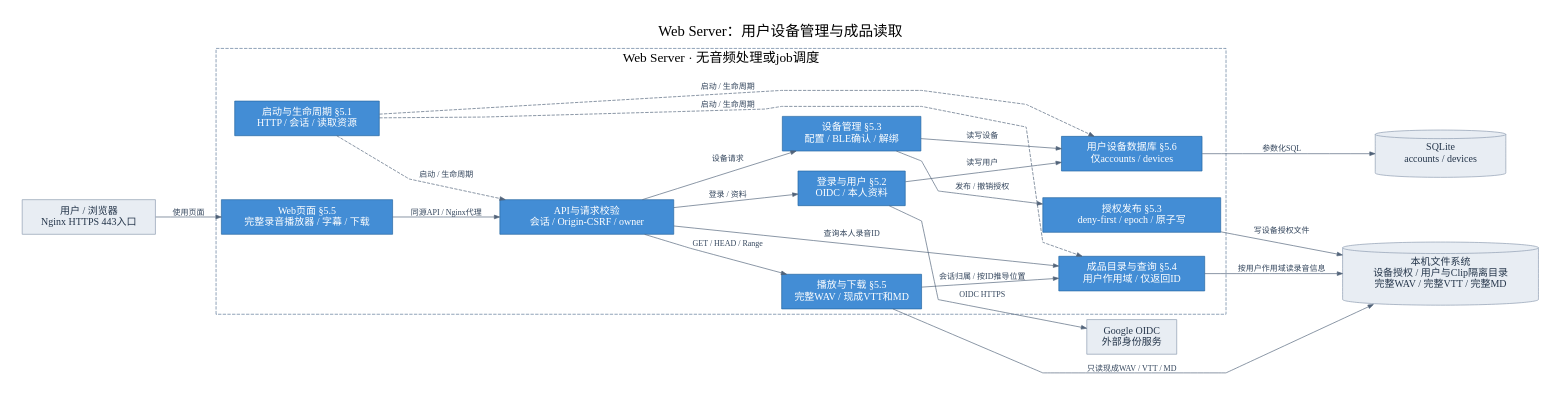
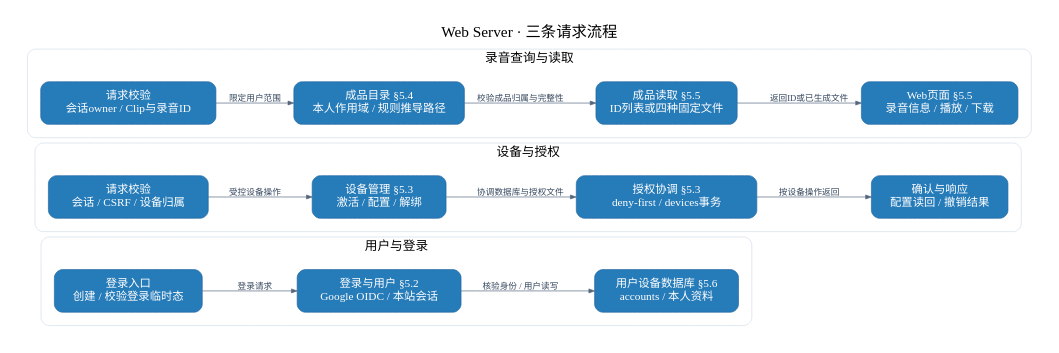
The diagram in docs/assets/diagrams/10-web-components.dot (boboliu-1010/speaker), drawn with Graphviz before and after one commit. The commit also changed 8 other files, not shown here.

Commit message:
docs: align configuration storage APIs and architecture diagrams

```diff
--- a/docs/assets/diagrams/10-web-components.dot
+++ b/docs/assets/diagrams/10-web-components.dot
@@ -1,38 +1,30 @@
 digraph G {
-graph [rankdir=LR, bgcolor="white", pad="0.35", nodesep="0.42", ranksep="0.7", splines=polyline, fontname="PingFang SC", fontsize=22, labelloc=t, label="Web Server：用户设备管理与成品读取"];
-node [shape=box, style=filled, fillcolor="#438dd5", color="#2366a0", fontcolor=white, fontname="PingFang SC", fontsize=15, margin="0.18,0.12"];
-edge [fontname="PingFang SC", fontsize=12, color="#516379", fontcolor="#34465d", arrowsize=0.8];
-subgraph cluster_service { label="Web Server · 无音频处理或job调度"; color="#5a7596"; style=dashed; fontsize=20;
-boot [width=3.01, label="启动与生命周期 §5.1\nHTTP / 会话 / 读取资源"];
-api [width=3.62, label="API与请求校验\n会话 / Origin-CSRF / owner"];
-users [width=2.23, label="登录与用户 §5.2\nOIDC / 本人资料"];
-devices [width=2.89, label="设备管理 §5.3\n配置 / BLE确认 / 解绑"];
-authpub [width=3.71, label="授权发布 §5.3\ndeny-first / epoch / 原子写"];
-query [width=3.04, label="成品目录与查询 §5.4\n用户作用域 / 仅返回ID"];
-media [width=2.92, label="播放与下载 §5.5\n完整WAV / 现成VTT和MD"];
-dbport [width=2.93, label="用户设备数据库 §5.6\n仅accounts / devices"];
-page [width=3.57, label="Web页面 §5.5\n完整录音播放器 / 字幕 / 下载"];
+graph [rankdir=LR, bgcolor="white", pad="0.35", nodesep="0.45", ranksep="0.55", splines=line, fontname="PingFang SC", fontsize=23, labelloc=t, label="Web Server · 三条请求流程"];
+node [shape=box, style="rounded,filled", fillcolor="#267bb9", color="#2366a0", fontcolor=white, fontname="PingFang SC", fontsize=17, margin="0.22,0.18"];
+edge [fontname="PingFang SC", fontsize=13, color="#53667c", fontcolor="#34465d", arrowsize=0.85];
+subgraph cluster_0 { label="用户与登录"; color="#d1dce8"; style=rounded; fontsize=19; margin=20;
+auth_api [width=3.09, label="登录入口\n创建 / 校验登录临时态"];
+user [width=3.41, label="登录与用户 §5.2\nGoogle OIDC / 本站会话"];
+account [width=3.00, label="用户设备数据库 §5.6\naccounts / 本人资料"];
+auth_api -> user [label="登录请求"];
+user -> account [label="核验身份 / 用户读写"];
 }
-browser [shape=box, width=2.78, fillcolor="#e8edf3", color="#8b9bb0", fontcolor="#24354a", label="用户 / 浏览器\nNginx HTTPS 443入口"];
-google [shape=box, width=1.88, fillcolor="#e8edf3", color="#8b9bb0", fontcolor="#24354a", label="Google OIDC\n外部身份服务"];
-database [shape=cylinder, width=2.72, fillcolor="#e8edf3", color="#8b9bb0", fontcolor="#24354a", label="SQLite\naccounts / devices"];
-fs [shape=cylinder, width=4.08, fillcolor="#e8edf3", color="#8b9bb0", fontcolor="#24354a", label="本机文件系统\n设备授权 / 用户与Clip隔离目录\n完整WAV / 完整VTT / 完整MD"];
-browser -> page [label="使用页面"];
-page -> api [label="同源API / Nginx代理"];
-api -> users [label="登录 / 资料"];
-api -> devices [label="设备请求"];
-users -> google [label="OIDC HTTPS"];
-users -> dbport [label="读写用户"];
-devices -> dbport [label="读写设备"];
-devices -> authpub [label="发布 / 撤销授权"];
-authpub -> fs [label="写设备授权文件"];
-api -> query [label="查询本人录音ID"];
-query -> fs [label="按用户作用域读录音信息"];
-api -> media [label="GET / HEAD / Range"];
-media -> query [label="会话归属 / 按ID推导位置"];
-media -> fs [label="只读现成WAV / VTT / MD"];
-dbport -> database [label="参数化SQL"];
-boot -> api [style=dashed, label="启动 / 生命周期", constraint=false];
-boot -> dbport [style=dashed, label="启动 / 生命周期", constraint=false];
-boot -> query [style=dashed, label="启动 / 生命周期", constraint=false];
+subgraph cluster_1 { label="设备与授权"; color="#d1dce8"; style=rounded; fontsize=19; margin=20;
+device_api [width=3.34, label="请求校验\n会话 / CSRF / 设备归属"];
+device [width=2.79, label="设备管理 §5.3\n激活 / 配置 / 解绑"];
+project [width=3.76, label="授权协调 §5.3\ndeny-first / devices事务"];
+confirm [width=2.85, label="确认与响应\n配置读回 / 撤销结果"];
+device_api -> device [label="受控设备操作"];
+device -> project [label="协调数据库与授权文件"];
+project -> confirm [label="按设备操作返回"];
 }
+subgraph cluster_2 { label="录音查询与读取"; color="#d1dce8"; style=rounded; fontsize=19; margin=20;
+record_api [width=3.65, label="请求校验\n会话owner / Clip与录音ID"];
+directory [width=3.56, label="成品目录 §5.4\n本人作用域 / 规则推导路径"];
+read [width=2.95, label="成品读取 §5.5\nID列表或四种固定文件"];
+page [width=3.26, label="Web页面 §5.5\n录音信息 / 播放 / 下载"];
+record_api -> directory [label="限定用户范围"];
+directory -> read [label="校验成品归属与完整性"];
+read -> page [label="返回ID或已生成文件"];
+}
+}
```
